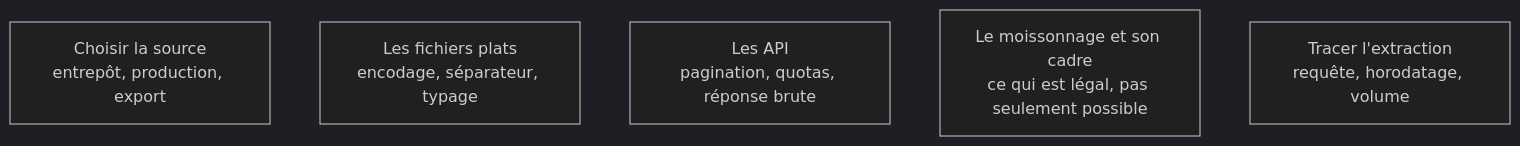
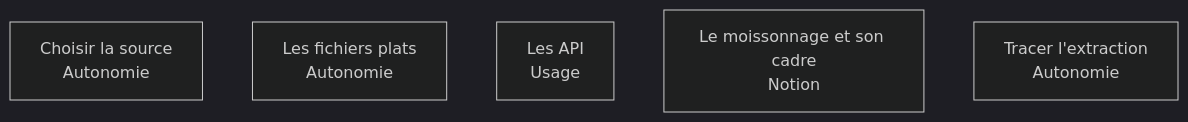
The diagram in content/parcours/data-analyst/collecter/index.md (floSa/Atlas-Metiers-Roadmaps), drawn with Mermaid (dark theme) before and after one commit. The commit also changed 20 other files, not shown here.

````diff
--- a/content/parcours/data-analyst/collecter/index.md
+++ b/content/parcours/data-analyst/collecter/index.md
@@ -11,14 +11,14 @@
 ```mermaid
 flowchart TD
-  S["Choisir la source<br/>entrepôt, production, export"]
-  F["Les fichiers plats<br/>encodage, séparateur, typage"]
-  A["Les API<br/>pagination, quotas, réponse brute"]
-  W["Le moissonnage et son cadre<br/>ce qui est légal, pas seulement possible"]
-  T["Tracer l'extraction<br/>requête, horodatage, volume"]
+  S["Choisir la source<br/>Autonomie"]
+  F["Les fichiers plats<br/>Autonomie"]
+  A["Les API<br/>Usage"]
+  W["Le moissonnage et son cadre<br/>Notion"]
+  T["Tracer l'extraction<br/>Autonomie"]
 
   click S "/parcours/data-analyst/collecter/choisir-la-source"
   click F "/parcours/data-analyst/collecter/les-fichiers-plats"
   click A "/parcours/data-analyst/collecter/les-api"
   click W "/parcours/data-analyst/collecter/le-moissonnage-et-son-cadre"
   click T "/parcours/data-analyst/collecter/tracer-l-extraction"
 ```
````
